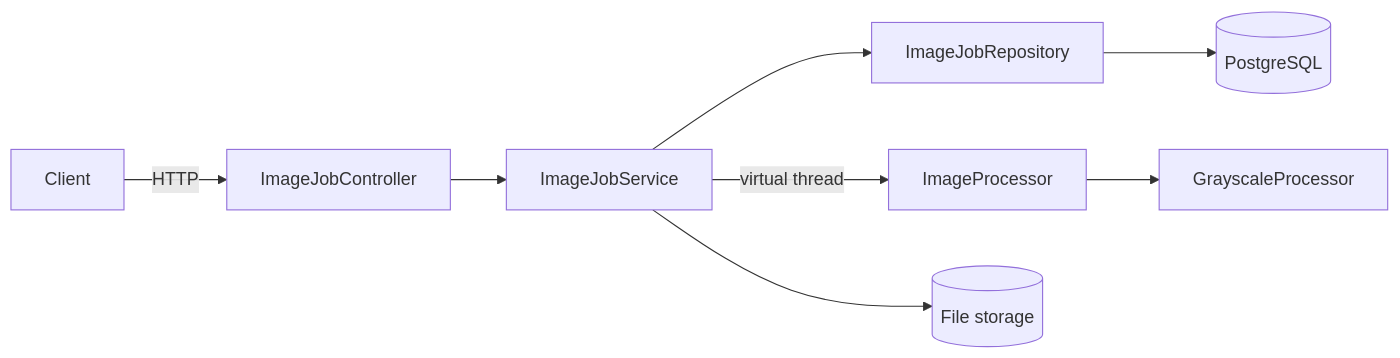
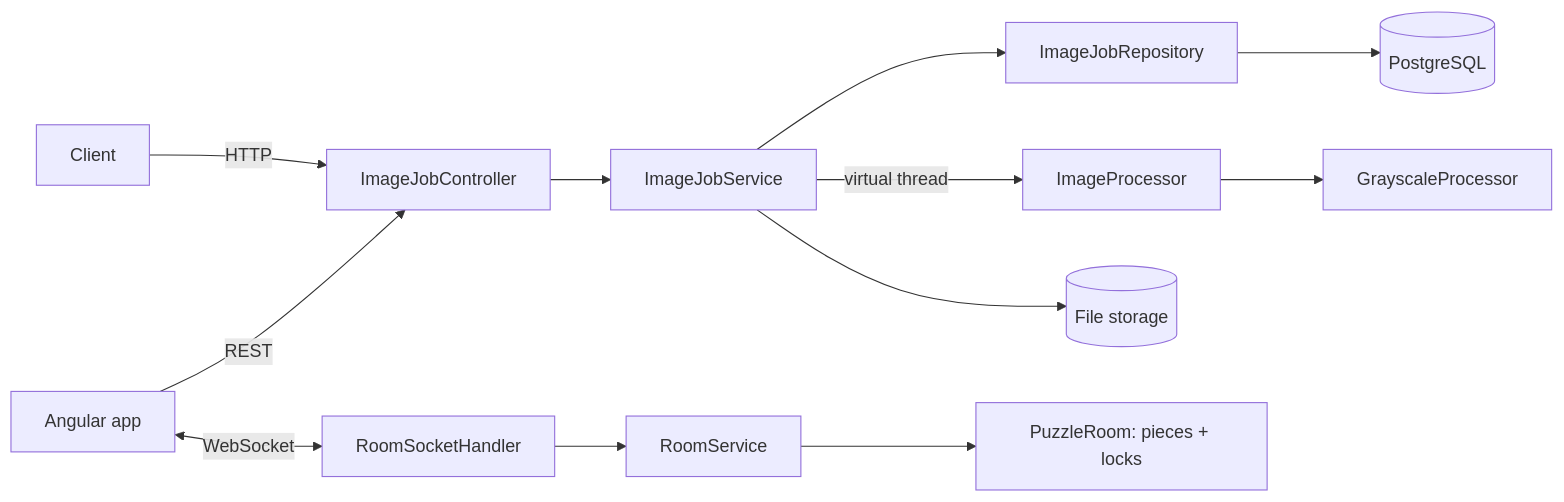
The diagram in README.md (lornalelcaj/image-job-service), drawn with Mermaid before and after one commit. The commit also changed other lines of this file and 6 other files, not shown here.

````diff
--- a/README.md
+++ b/README.md
@@ -22,10 +25,14 @@
 ```mermaid
 flowchart LR
     Client -->|HTTP| Controller[ImageJobController]
     Controller --> Service[ImageJobService]
     Service --> Repo[ImageJobRepository]
     Repo --> DB[(PostgreSQL)]
     Service -->|virtual thread| Processor[ImageProcessor]
     Processor --> Gray[GrayscaleProcessor]
     Service --> Storage[(File storage)]
+    Browser[Angular app] -->|REST| Controller
+    Browser <-->|WebSocket| Socket[RoomSocketHandler]
+    Socket --> Rooms[RoomService]
+    Rooms --> Room[PuzzleRoom: pieces + locks]
 ```
````
